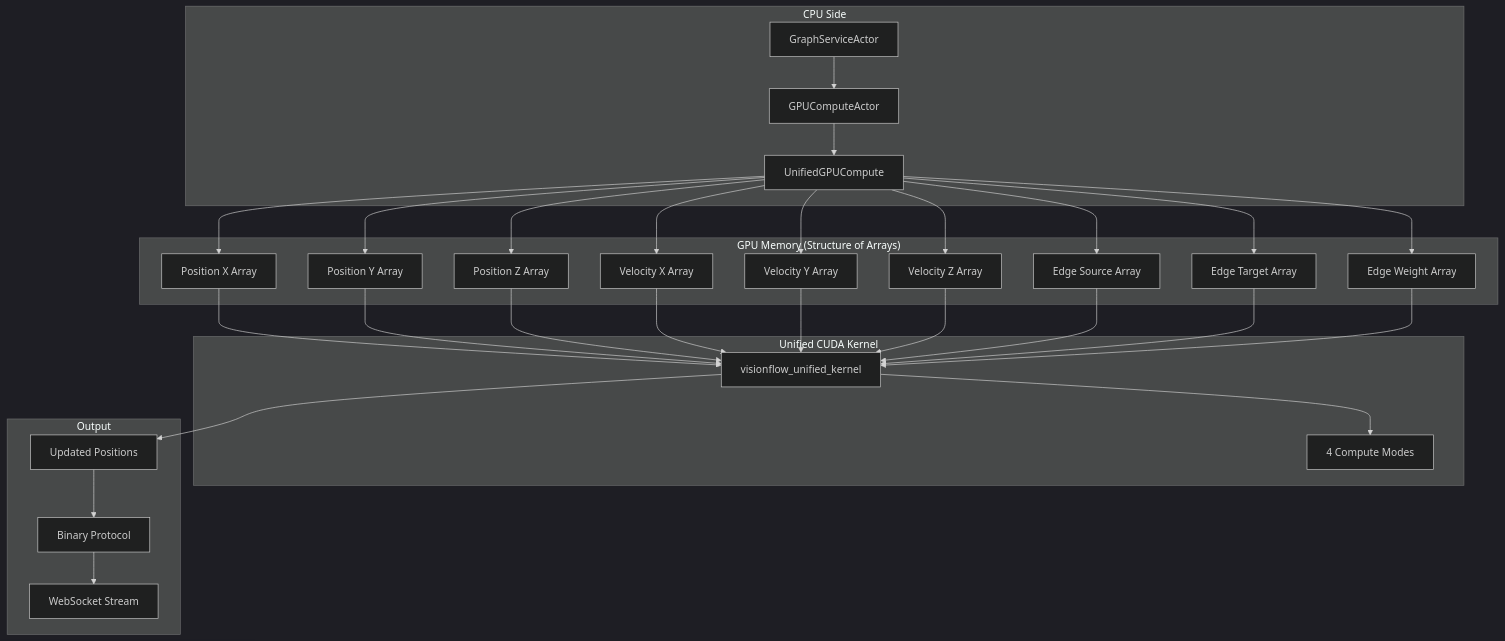
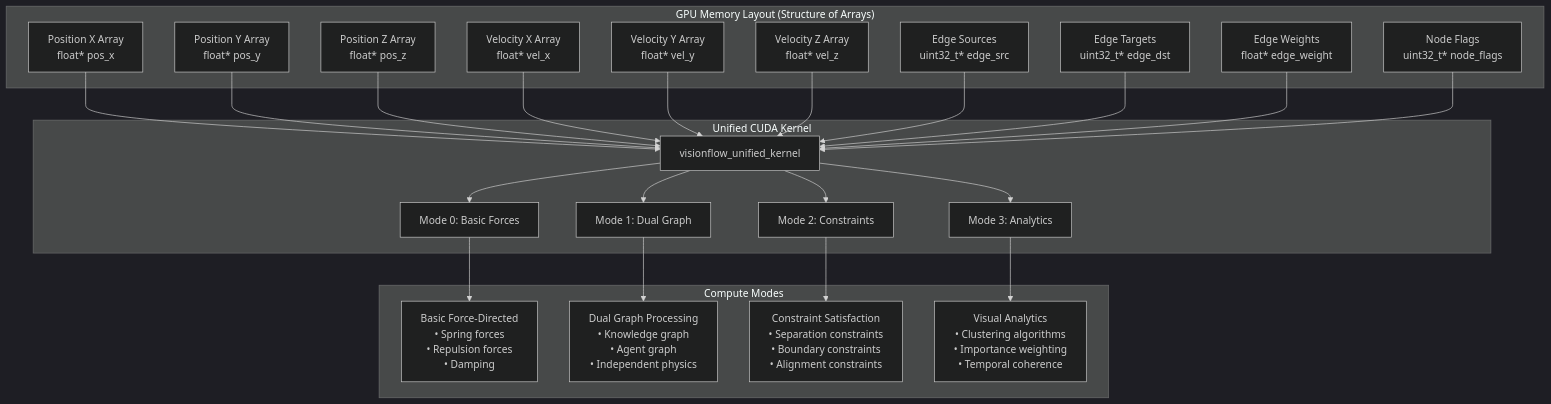
The diagram in docs/architecture/gpu-compute.md (DreamLab-AI/VisionFlow), drawn with Mermaid (dark theme) before and after one commit. The commit also changed other lines of this file and 38 other files, not shown here.

````diff
--- a/docs/architecture/gpu-compute.md
+++ b/docs/architecture/gpu-compute.md
@@ -15,38 +13,51 @@
 ```mermaid
 graph TB
-    subgraph "CPU Side"
-        GSA[GraphServiceActor] --> GCA[GPUComputeActor]
-        GCA --> UGC[UnifiedGPUCompute]
+    subgraph "GPU Memory Layout (Structure of Arrays)"
+        PosX["Position X Array<br/>float* pos_x"]
+        PosY["Position Y Array<br/>float* pos_y"]
+        PosZ["Position Z Array<br/>float* pos_z"]
+        VelX["Velocity X Array<br/>float* vel_x"]
+        VelY["Velocity Y Array<br/>float* vel_y"]
+        VelZ["Velocity Z Array<br/>float* vel_z"]
+        EdgeSrc["Edge Sources<br/>uint32_t* edge_src"]
+        EdgeDst["Edge Targets<br/>uint32_t* edge_dst"]
+        EdgeWeight["Edge Weights<br/>float* edge_weight"]
+        NodeFlags["Node Flags<br/>uint32_t* node_flags"]
     end
-    
-    subgraph "GPU Memory (Structure of Arrays)"
-        UGC --> PosX[Position X Array]
-        UGC --> PosY[Position Y Array] 
-        UGC --> PosZ[Position Z Array]
-        UGC --> VelX[Velocity X Array]
-        UGC --> VelY[Velocity Y Array]
-        UGC --> VelZ[Velocity Z Array]
-        UGC --> EdgeSrc[Edge Source Array]
-        UGC --> EdgeDst[Edge Target Array]
-        UGC --> EdgeWeight[Edge Weight Array]
+
+    subgraph "Unified CUDA Kernel"
+        Kernel["visionflow_unified_kernel"]
+        Mode0["Mode 0: Basic Forces"]
+        Mode1["Mode 1: Dual Graph"]
+        Mode2["Mode 2: Constraints"]
+        Mode3["Mode 3: Analytics"]
     end
-    
-    subgraph "Unified CUDA Kernel"
-        PosX --> UK[visionflow_unified_kernel]
-        PosY --> UK
-        PosZ --> UK
-        VelX --> UK
-        VelY --> UK
-        VelZ --> UK
-        EdgeSrc --> UK
-        EdgeDst --> UK
-        EdgeWeight --> UK
-        UK --> Modes[4 Compute Modes]
+
+    subgraph "Compute Modes"
+        Basic["Basic Force-Directed<br/>• Spring forces<br/>• Repulsion forces<br/>• Damping"]
+        Dual["Dual Graph Processing<br/>• Knowledge graph<br/>• Agent graph<br/>• Independent physics"]
+        Constraints["Constraint Satisfaction<br/>• Separation constraints<br/>• Boundary constraints<br/>• Alignment constraints"]
+        Analytics["Visual Analytics<br/>• Clustering algorithms<br/>• Importance weighting<br/>• Temporal coherence"]
     end
-    
-    subgraph "Output"
-        UK --> UpdatedPos[Updated Positions]
-        UpdatedPos --> BP[Binary Protocol]
-        BP --> WS[WebSocket Stream]
-    end
+
+    PosX --> Kernel
+    PosY --> Kernel
+    PosZ --> Kernel
+    VelX --> Kernel
+    VelY --> Kernel
+    VelZ --> Kernel
+    EdgeSrc --> Kernel
+    EdgeDst --> Kernel
+    EdgeWeight --> Kernel
+    NodeFlags --> Kernel
+
+    Kernel --> Mode0
+    Kernel --> Mode1
+    Kernel --> Mode2
+    Kernel --> Mode3
+
+    Mode0 --> Basic
+    Mode1 --> Dual
+    Mode2 --> Constraints
+    Mode3 --> Analytics
 ```
````
